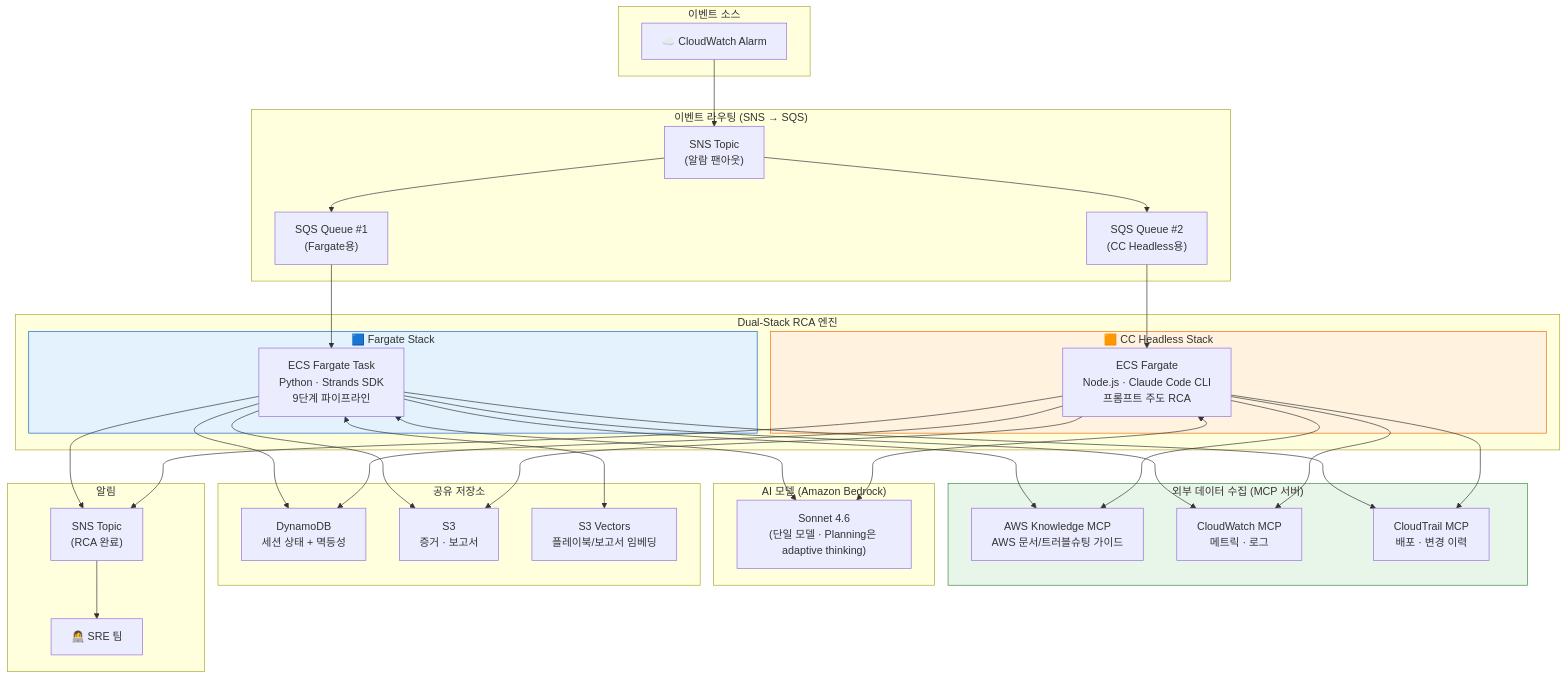
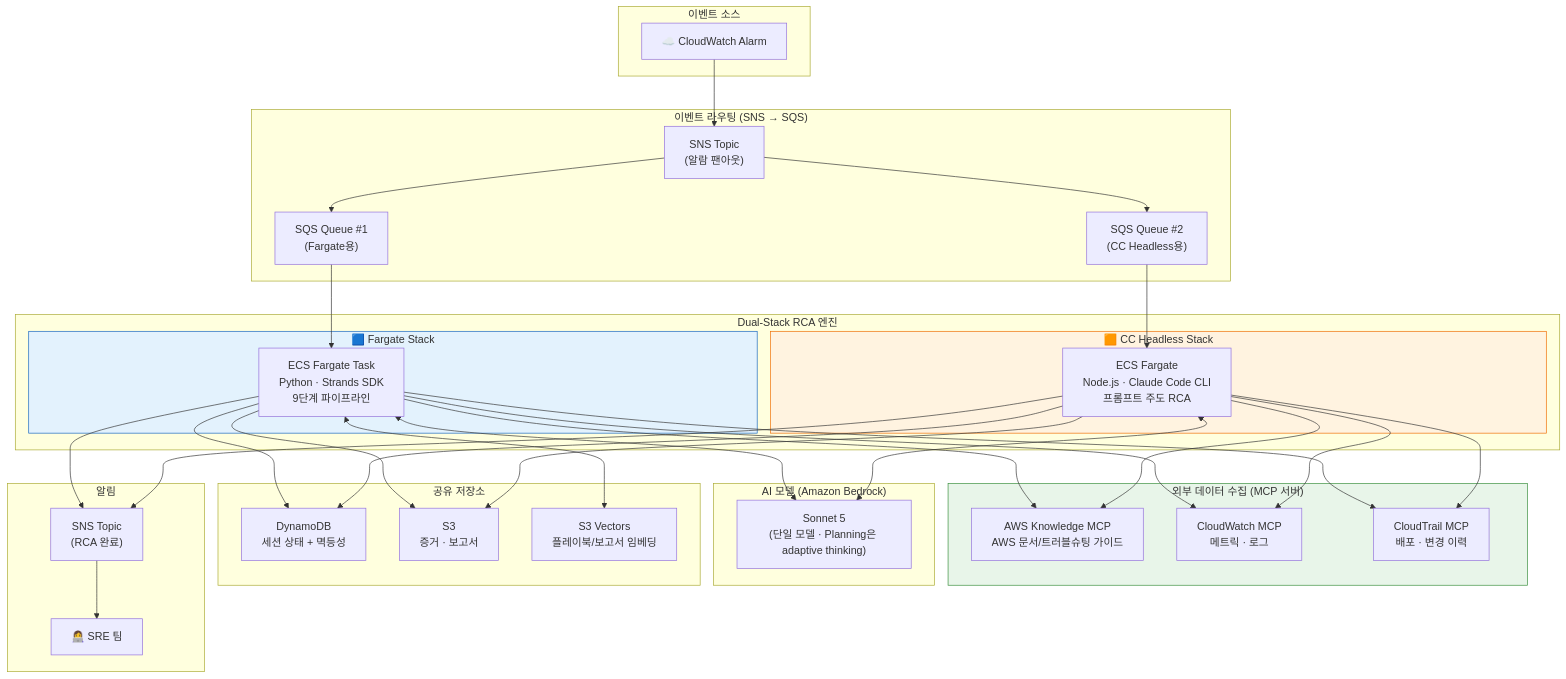
Before and after one commit to haandol/rca-agent: the second of 22 diagrams in docs/system-guide-for-ops.md, drawn with Mermaid. The commit also changed other lines of this file and 9 other files, not shown here.

````diff
--- a/docs/system-guide-for-ops.md
+++ b/docs/system-guide-for-ops.md
@@ -46,70 +46,70 @@
 ```mermaid
 graph TB
     subgraph EventSource["이벤트 소스"]
         CW["☁️ CloudWatch Alarm"]
     end
 
     subgraph Routing["이벤트 라우팅 (SNS → SQS)"]
         SNS["SNS Topic<br/>(알람 팬아웃)"]
         SQS_F["SQS Queue #1<br/>(Fargate용)"]
         SQS_L["SQS Queue #2<br/>(CC Headless용)"]
     end
 
     subgraph DualStack["Dual-Stack RCA 엔진"]
         subgraph FargateStack["🟦 Fargate Stack"]
             ECS["ECS Fargate Task<br/>Python · Strands SDK<br/>9단계 파이프라인"]
         end
         subgraph CcHeadlessStack["🟧 CC Headless Stack"]
             CCFARGATE["ECS Fargate<br/>Node.js · Claude Code CLI<br/>프롬프트 주도 RCA"]
         end
     end
 
     subgraph Tools["외부 데이터 수집 (MCP 서버)"]
         AK["AWS Knowledge MCP<br/>AWS 문서/트러블슈팅 가이드"]
         CW_MCP["CloudWatch MCP<br/>메트릭 · 로그"]
         CT_MCP["CloudTrail MCP<br/>배포 · 변경 이력"]
     end
 
     subgraph LLM["AI 모델 (Amazon Bedrock)"]
-        SONNET["Sonnet 4.6<br/>(단일 모델 · Planning은 adaptive thinking)"]
+        SONNET["Sonnet 5<br/>(단일 모델 · Planning은 adaptive thinking)"]
     end
 
     subgraph SharedStorage["공유 저장소"]
         DDB["DynamoDB<br/>세션 상태 + 멱등성"]
         S3["S3<br/>증거 · 보고서"]
         S3V["S3 Vectors<br/>플레이북/보고서 임베딩"]
     end
 
     subgraph Notify["알림"]
         SNS_OUT["SNS Topic<br/>(RCA 완료)"]
         SRE["👩‍💻 SRE 팀"]
     end
 
     CW --> SNS
     SNS --> SQS_F --> ECS
     SNS --> SQS_L --> CCFARGATE
 
     ECS <--> SONNET
     CCFARGATE <--> SONNET
 
     ECS --> AK
     ECS --> CW_MCP
     ECS --> CT_MCP
     CCFARGATE --> AK
     CCFARGATE --> CW_MCP
     CCFARGATE --> CT_MCP
 
     ECS --> DDB
     ECS --> S3
     ECS <--> S3V
     CCFARGATE --> DDB
     CCFARGATE --> S3
 
     ECS --> SNS_OUT
     CCFARGATE --> SNS_OUT
     SNS_OUT --> SRE
 
     style FargateStack fill:#e3f2fd,stroke:#1565c0
     style CcHeadlessStack fill:#fff3e0,stroke:#ef6c00
     style Tools fill:#e8f5e9,stroke:#388e3c
 ```
````
